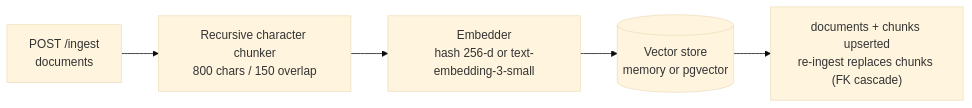
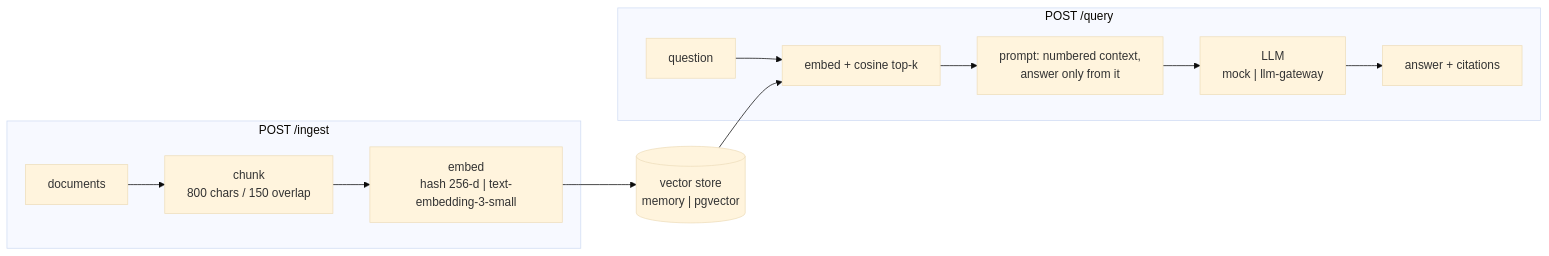
One commit to INTERpol21/rag-pgvector changed the diagram in README.md. Above: the diagram before and after it, drawn with Mermaid (base theme). The commit also changed other lines of this file, not shown here.

````diff
--- a/README.md
+++ b/README.md
@@ -15,7 +17,10 @@
 ```mermaid
 flowchart LR
-    A["POST /ingest<br/>documents"] --> B["Recursive character chunker<br/>800 chars / 150 overlap"]
-    B --> C["Embedder<br/>hash 256-d or text-embedding-3-small"]
-    C --> D[("Vector store<br/>memory or pgvector")]
-    D --> E["documents + chunks upserted<br/>re-ingest replaces chunks (FK cascade)"]
+    subgraph ingest["POST /ingest"]
+        A["documents"] --> B["chunk<br/>800 chars / 150 overlap"] --> C["embed<br/>hash 256-d | text-embedding-3-small"]
+    end
+    subgraph query["POST /query"]
+        Q["question"] --> S["embed + cosine top-k"] --> P["prompt: numbered context,<br/>answer only from it"] --> L["LLM<br/>mock | llm-gateway"] --> R["answer + citations"]
+    end
+    C --> V[("vector store<br/>memory | pgvector")] --> S
 ```
````
